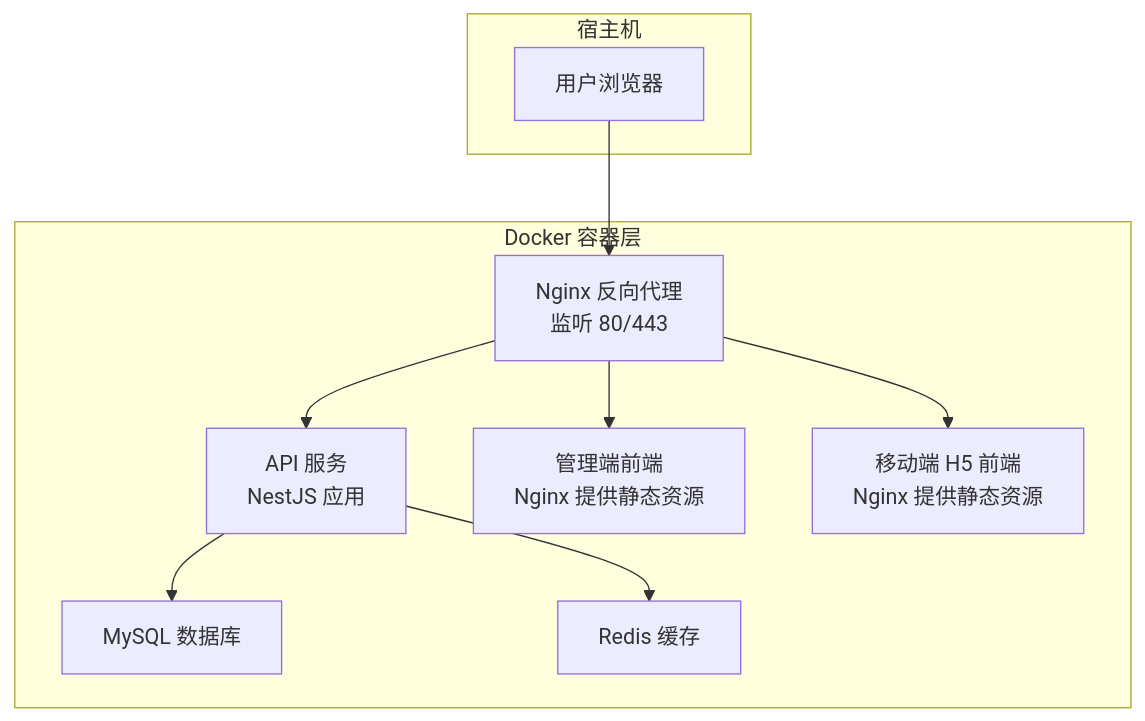
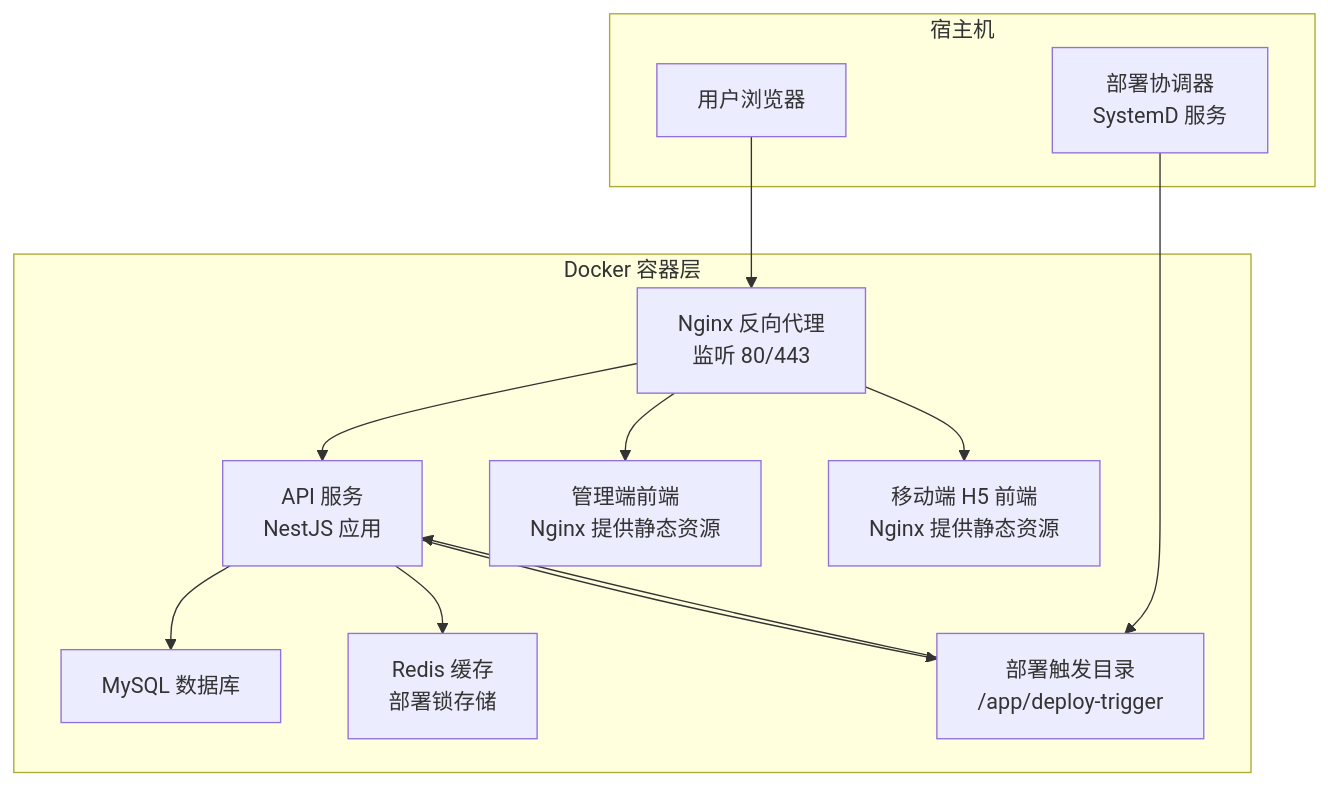
One commit to huoqingzhu446/fortune-hub changed the first of 3 diagrams in .qoder/repowiki/zh/content/架构设计/部署架构.md. Above: the diagram before and after it, drawn with Mermaid. The commit also changed other lines of this file and 6 other files, not shown here.

````diff
--- a/.qoder/repowiki/zh/content/架构设计/部署架构.md
+++ b/.qoder/repowiki/zh/content/架构设计/部署架构.md
@@ -46,20 +54,25 @@
 ```mermaid
 graph TB
 subgraph "宿主机"
 U["用户浏览器"]
+DW["部署协调器<br/>SystemD 服务"]
 end
 subgraph "Docker 容器层"
 NGINX["Nginx 反向代理<br/>监听 80/443"]
 API["API 服务<br/>NestJS 应用"]
 ADMIN["管理端前端<br/>Nginx 提供静态资源"]
 MOBILE["移动端 H5 前端<br/>Nginx 提供静态资源"]
 MYSQL["MySQL 数据库"]
-REDIS["Redis 缓存"]
+REDIS["Redis 缓存<br/>部署锁存储"]
+DT["部署触发目录<br/>/app/deploy-trigger"]
 end
+DW --> DT
+DT --> API
 U --> NGINX
 NGINX --> API
 NGINX --> ADMIN
 NGINX --> MOBILE
 API --> MYSQL
 API --> REDIS
+API --> DT
 ```
````
